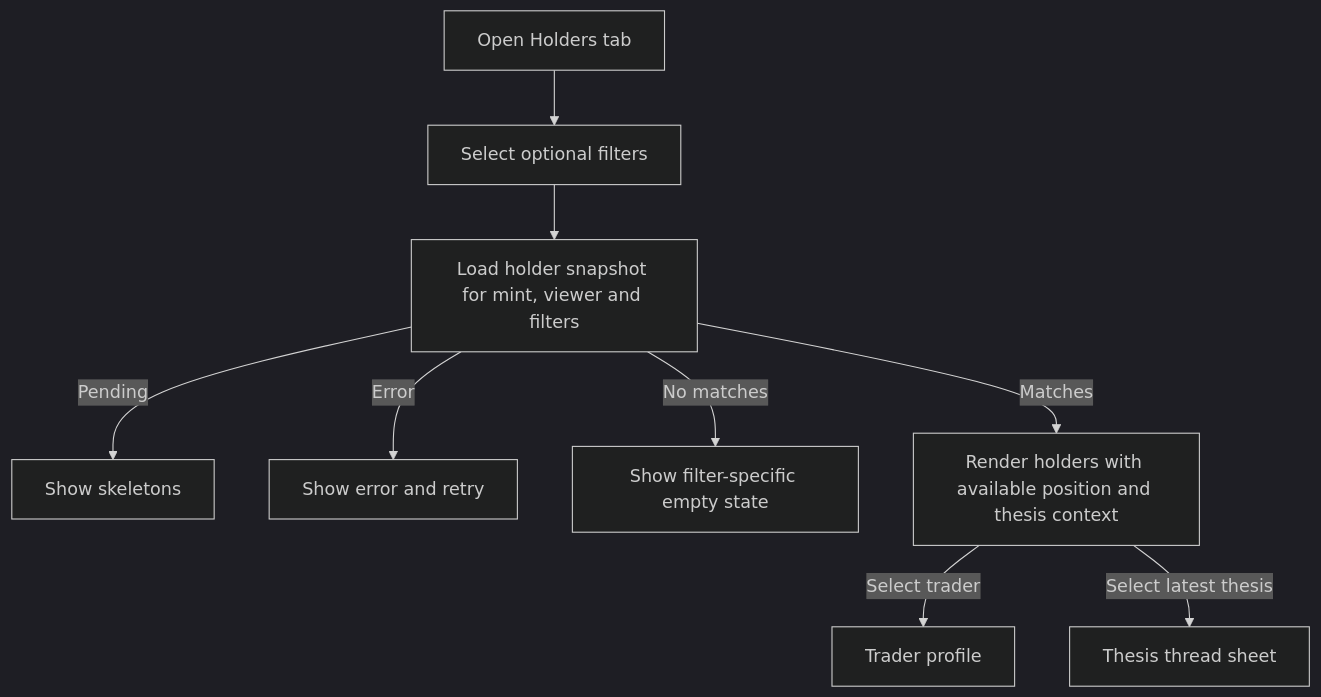
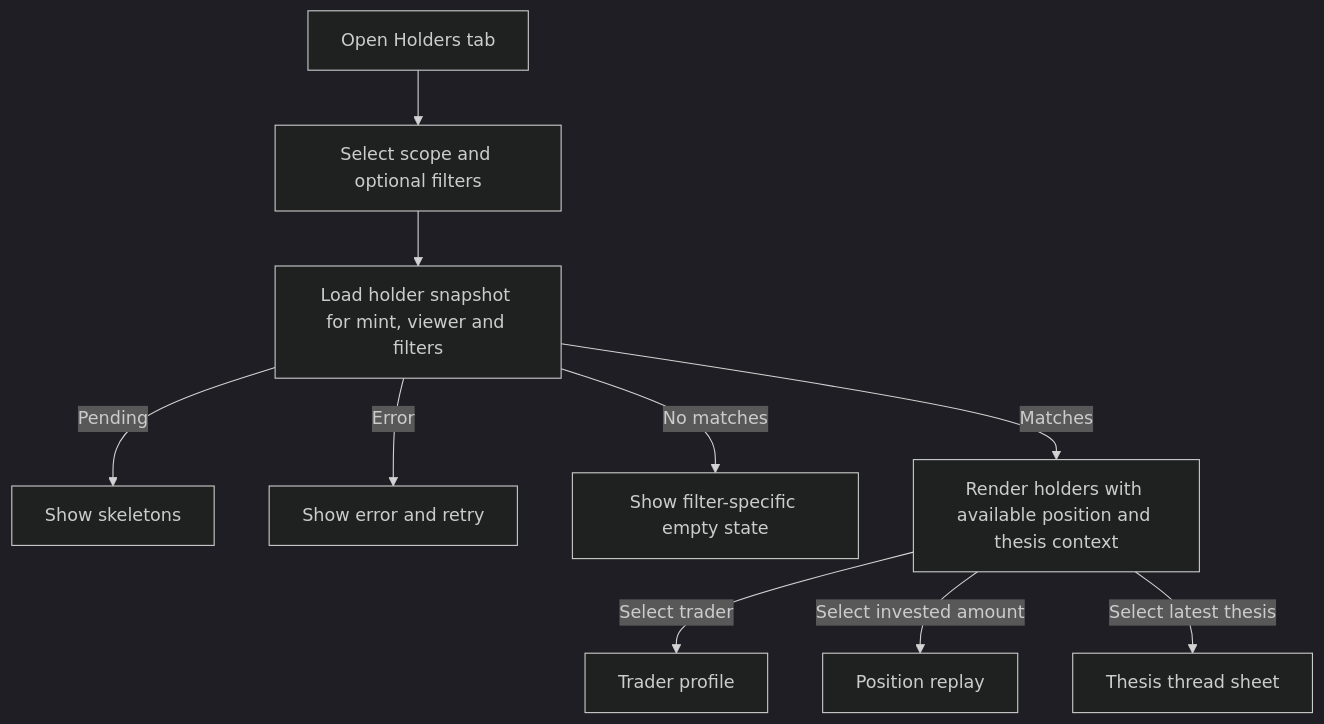
Before and after one commit to jog01/agele-web: the first of 2 diagrams in docs/token-holders.md, drawn with Mermaid (dark theme). The commit also changed other lines of this file and 8 other files, not shown here.

````diff
--- a/docs/token-holders.md
+++ b/docs/token-holders.md
@@ -7,11 +7,12 @@
 ```mermaid
 flowchart TD
-  A[Open Holders tab] --> B[Select optional filters]
+  A[Open Holders tab] --> B[Select scope and optional filters]
   B --> C[Load holder snapshot for mint, viewer and filters]
   C -->|Pending| D[Show skeletons]
   C -->|Error| E[Show error and retry]
   C -->|No matches| F[Show filter-specific empty state]
   C -->|Matches| G[Render holders with available position and thesis context]
   G -->|Select trader| H[Trader profile]
+  G -->|Select invested amount| J[Position replay]
   G -->|Select latest thesis| I[Thesis thread sheet]
 ```
````
